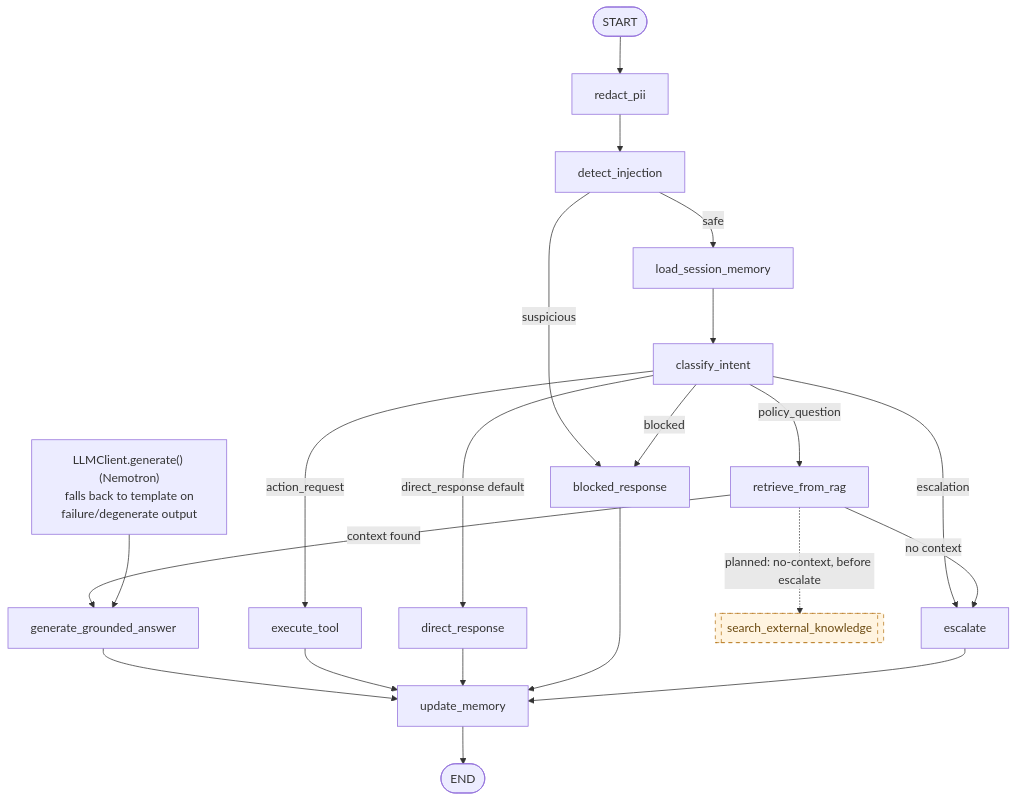
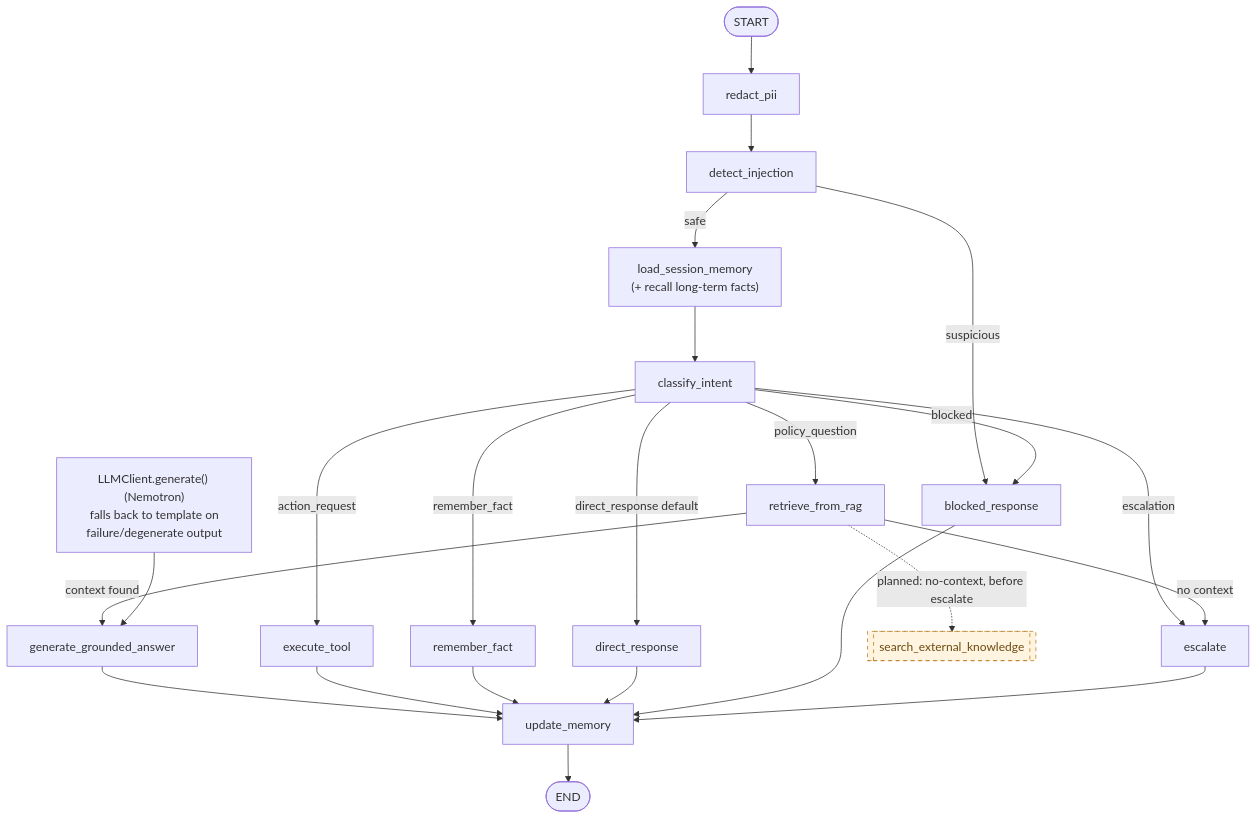
One commit to KamilBrini/IT_Support_Ticketing_Agent changed the diagram in docs/_figure2_langgraph.mmd. Above: the diagram before and after it, drawn with Mermaid. The commit also changed 16 other files, not shown here.

```diff
--- a/docs/_figure2_langgraph.mmd
+++ b/docs/_figure2_langgraph.mmd
@@ -1,27 +1,29 @@
 flowchart TD
     START([START]) --> A[redact_pii]
     A --> B[detect_injection]
     B -->|suspicious| BR[blocked_response]
-    B -->|safe| LSM[load_session_memory]
+    B -->|safe| LSM["load_session_memory\n(+ recall long-term facts)"]
     LSM --> C[classify_intent]
 
     C -->|policy_question| D[retrieve_from_rag]
     C -->|action_request| E[execute_tool]
     C -->|escalation| ESC[escalate]
     C -->|blocked| BR
+    C -->|remember_fact| RF[remember_fact]
     C -->|direct_response default| DR[direct_response]
 
     D -->|context found| F[generate_grounded_answer]
     D -->|no context| ESC
     D -.->|"planned: no-context, before escalate"| SEARCH[["search_external_knowledge"]]
 
     LLMNOTE["LLMClient.generate() (Nemotron)\nfalls back to template on\nfailure/degenerate output"] --> F
     F --> UM[update_memory]
     E --> UM
+    RF --> UM
     DR --> UM
     BR --> UM
     ESC --> UM
     UM --> END([END])
 
     classDef planned stroke-dasharray: 5 5,fill:#fff4e0,stroke:#b8791e,color:#6b4a10;
     class SEARCH planned;
```
